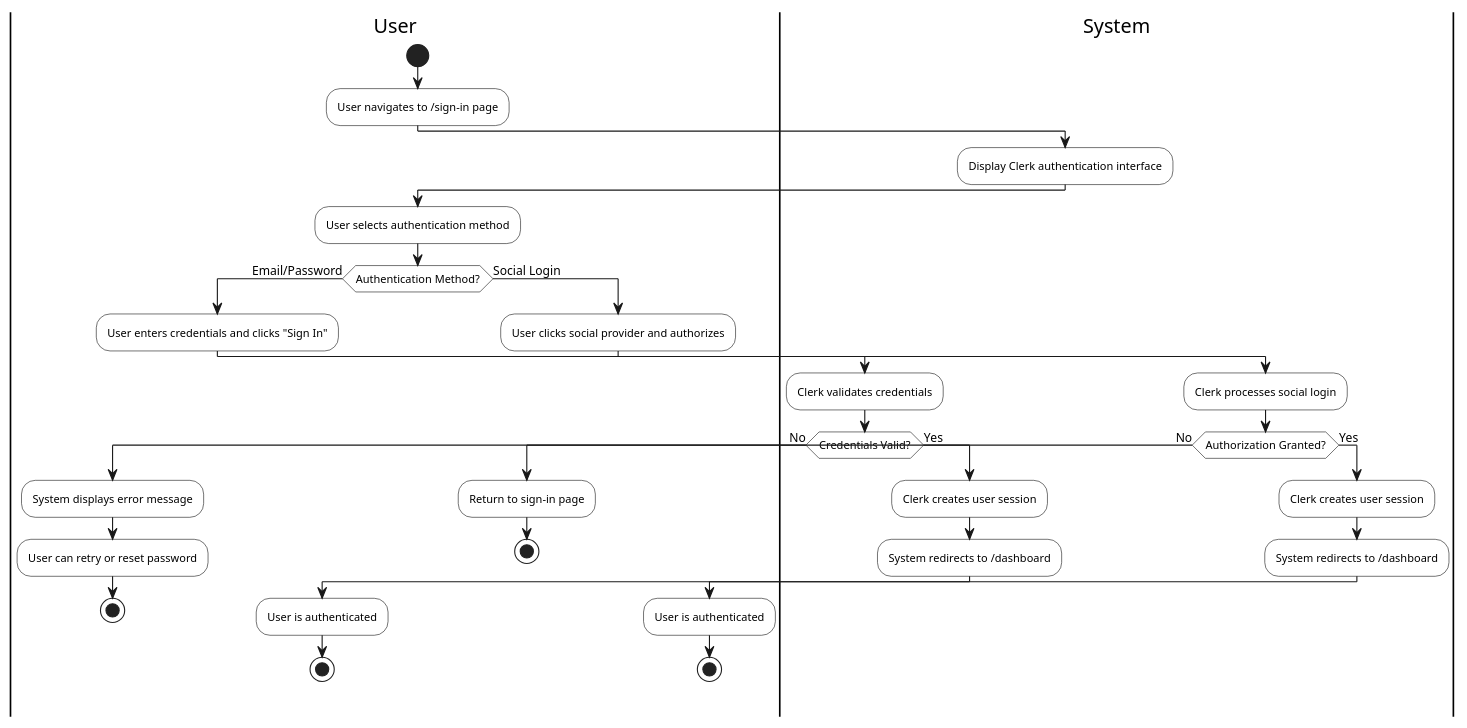
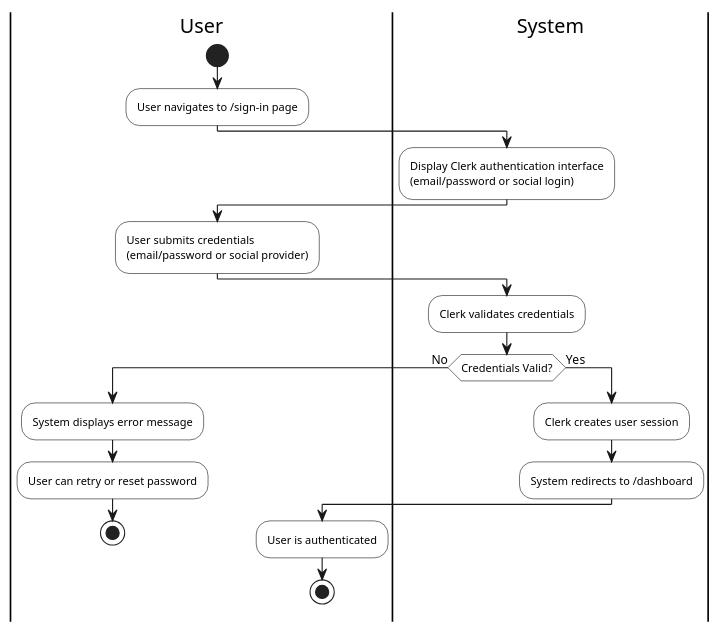
The fifth of 19 diagrams in reports.md (pho-veteran/stoom), drawn with PlantUML before and after one commit. The commit also changed other lines of this file and 1 other file, not shown here.

Commit message:
ui: redesign marketing page; doc: minor report fix

````diff
--- a/reports.md
+++ b/reports.md
@@ -523,63 +523,39 @@
 ```plantuml
 @startuml
 skinparam monochrome true
 skinparam activity {
     BackgroundColor #FFFFFF
     BorderColor #000000
     FontSize 10
 }
 
 |User|
 start
 :User navigates to /sign-in page;
 
 |System|
-:Display Clerk authentication interface;
+:Display Clerk authentication interface\n(email/password or social login);
 
 |User|
-:User selects authentication method;
+:User submits credentials\n(email/password or social provider);
 
-if (Authentication Method?) then (Email/Password)
-    :User enters credentials and clicks "Sign In";
+|System|
+:Clerk validates credentials;
+
+if (Credentials Valid?) then (No)
+    |User|
+    :System displays error message;
+    :User can retry or reset password;
+    stop
+else (Yes)
+    |System|
+    :Clerk creates user session;
+    :System redirects to /dashboard;
     
-    |System|
-    :Clerk validates credentials;
-    
-    if (Credentials Valid?) then (No)
-        |User|
-        :System displays error message;
-        :User can retry or reset password;
-        stop
-    else (Yes)
-        |System|
-        :Clerk creates user session;
-        :System redirects to /dashboard;
-        
-        |User|
-        :User is authenticated;
-        stop
-    endif
-    
-else (Social Login)
-    :User clicks social provider and authorizes;
-    
-    |System|
-    :Clerk processes social login;
-    
-    if (Authorization Granted?) then (No)
-        |User|
-        :Return to sign-in page;
-        stop
-    else (Yes)
-        |System|
-        :Clerk creates user session;
-        :System redirects to /dashboard;
-        
-        |User|
-        :User is authenticated;
-        stop
-    endif
+    |User|
+    :User is authenticated;
+    stop
 endif
 
 @enduml
 ```
````
